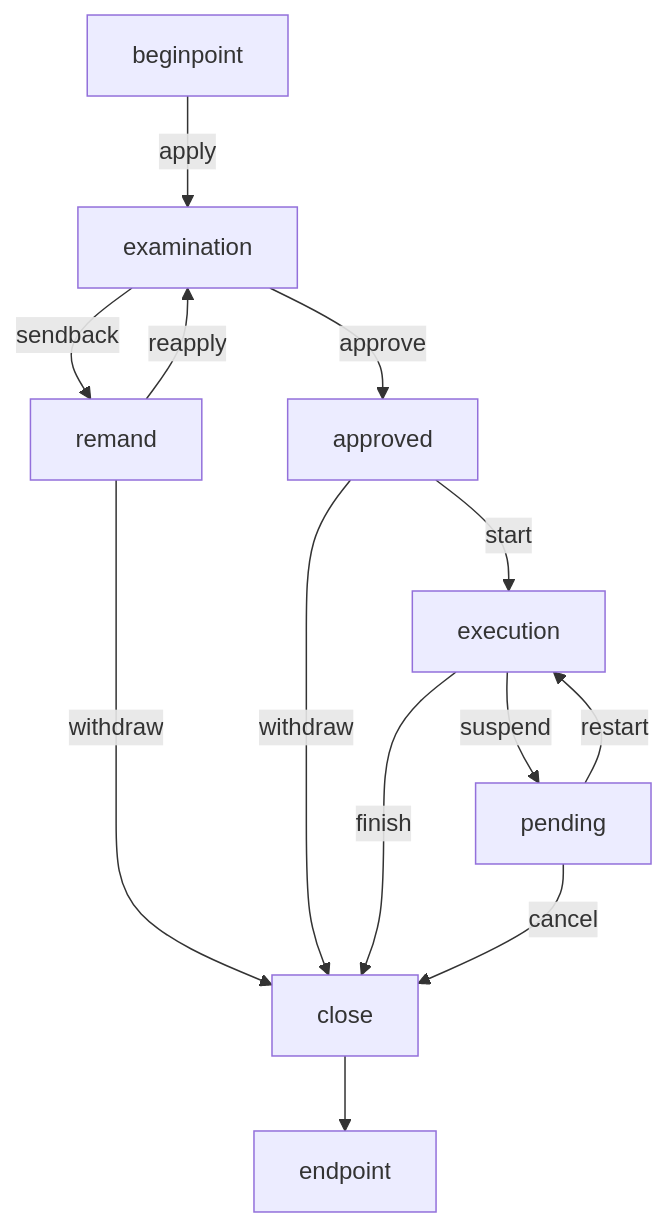
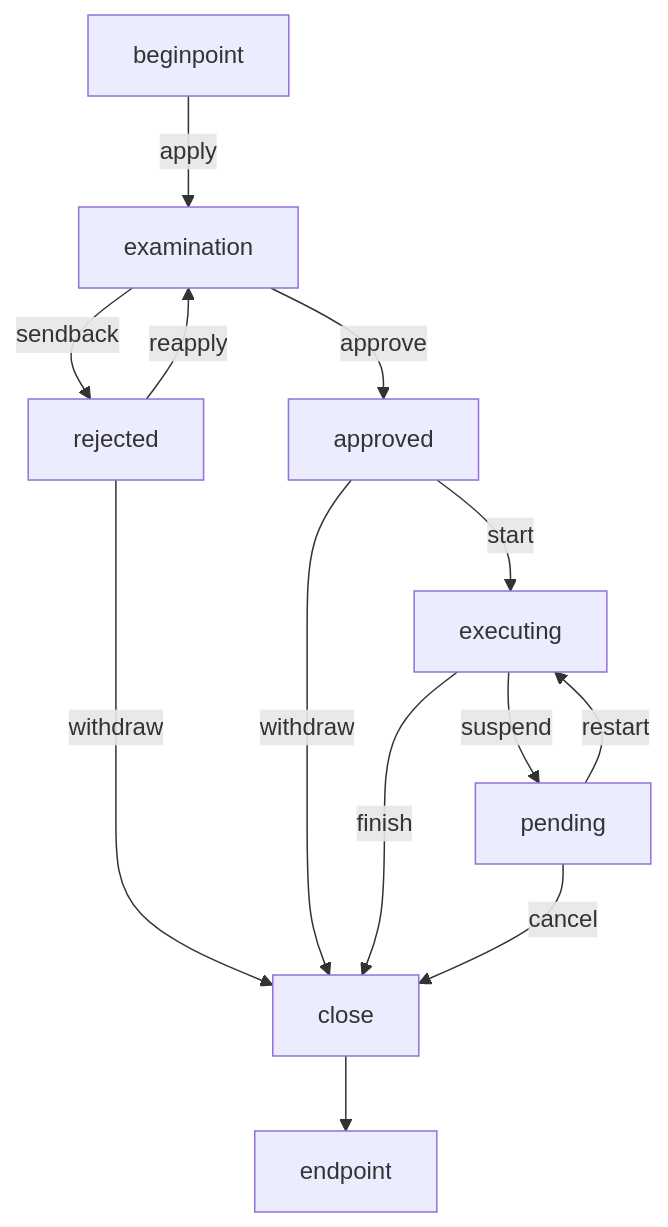
The diagram in genba_gensoku/02_casework/README.md (necoak/devj), drawn with Mermaid before and after one commit. The commit also changed 3 other files, not shown here.

````diff
--- a/genba_gensoku/02_casework/README.md
+++ b/genba_gensoku/02_casework/README.md
@@ -7,21 +7,21 @@
 ```mermaid
 flowchart TD
     beginpoint --apply--> examination
     
     examination --approve--> approved
-    examination --sendback--> remand
+    examination --sendback--> rejected
     
-    remand --reapply--> examination
-    remand --withdraw--> close
+    rejected --reapply--> examination
+    rejected --withdraw--> close
     
-    approved --start--> execution
+    approved --start--> executing
     approved --withdraw --> close
     
-    execution --suspend--> pending
-    execution --finish--> close
+    executing --suspend--> pending
+    executing --finish--> close
     
     pending --cancel--> close
-    pending --restart--> execution
+    pending --restart--> executing
     
     close --> endpoint
 ```
````
